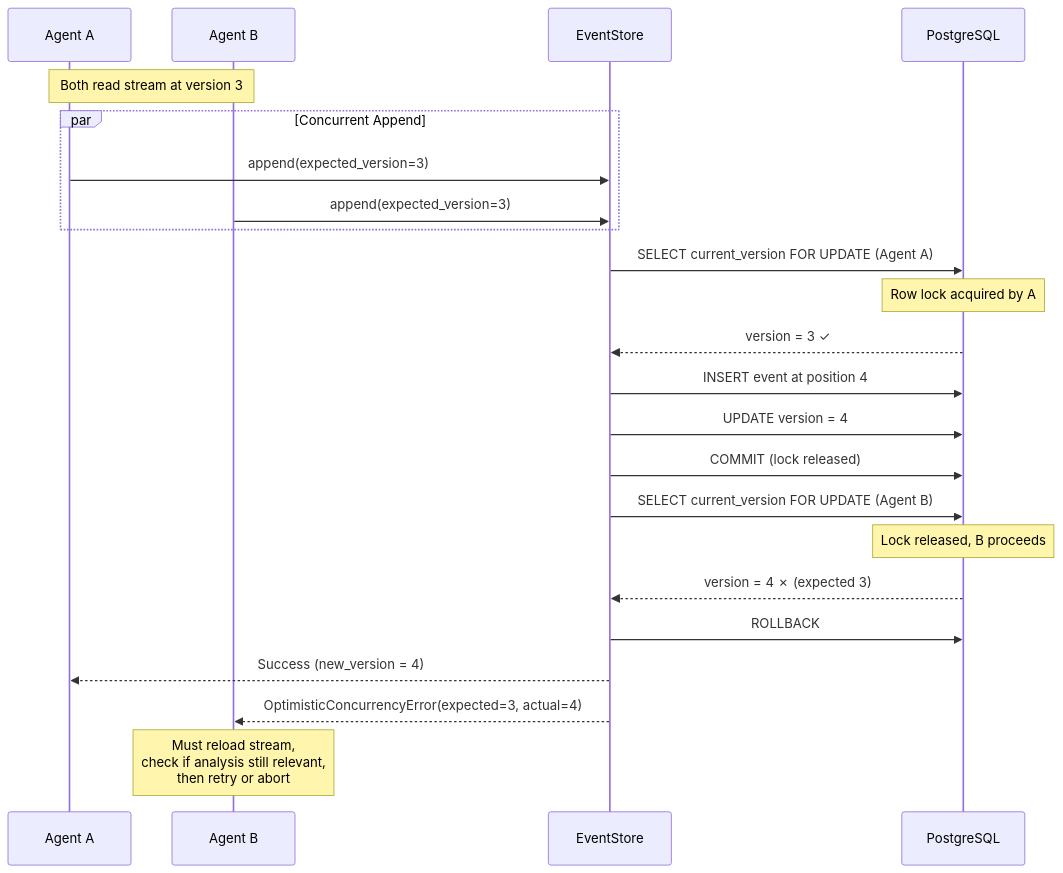
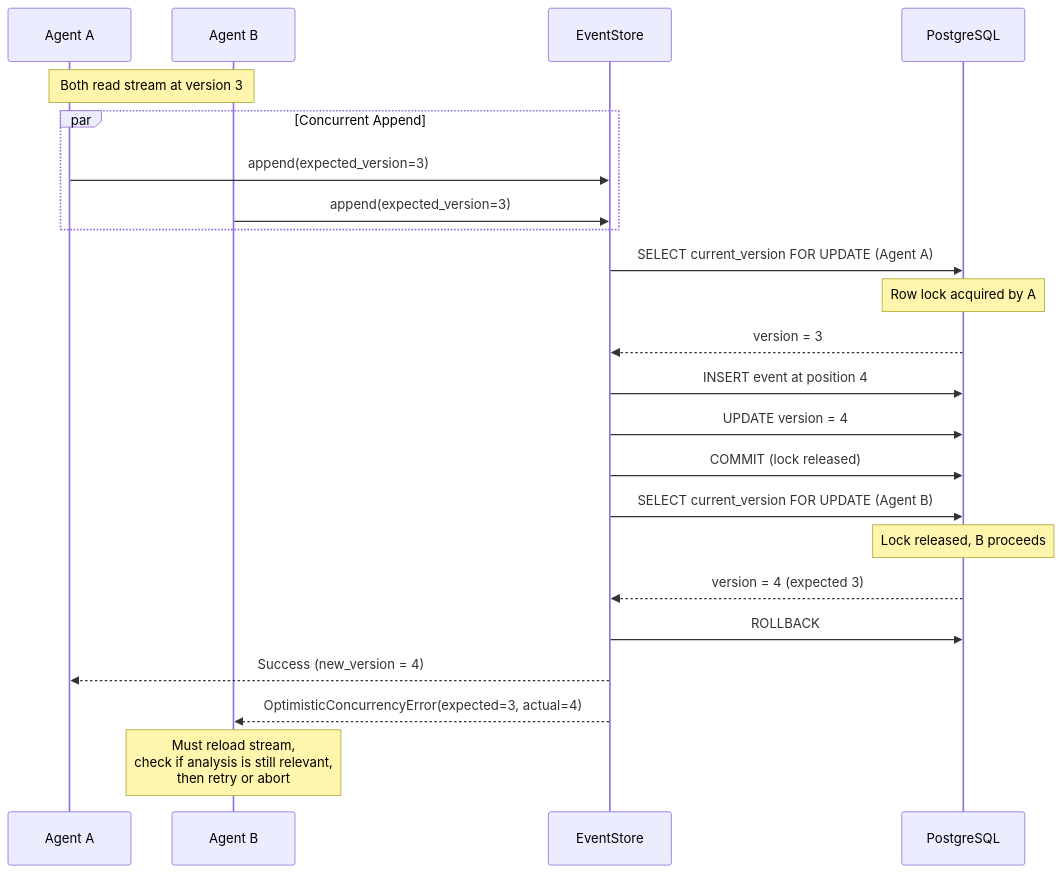
One commit to Sanoy24/agentic-event-store changed the fifth of 5 diagrams in docs/INTERIM_REPORT.md. Above: the diagram before and after it, drawn with Mermaid. The commit also changed other lines of this file, not shown here.

````diff
--- a/docs/INTERIM_REPORT.md
+++ b/docs/INTERIM_REPORT.md
@@ -150,31 +150,31 @@
 ```mermaid
 sequenceDiagram
     participant A as Agent A
     participant B as Agent B
     participant ES as EventStore
     participant DB as PostgreSQL
 
     Note over A,B: Both read stream at version 3
 
     par Concurrent Append
         A->>ES: append(expected_version=3)
         B->>ES: append(expected_version=3)
     end
 
     ES->>DB: SELECT current_version FOR UPDATE (Agent A)
     Note over DB: Row lock acquired by A
-    DB-->>ES: version = 3 ✓
+    DB-->>ES: version = 3
     ES->>DB: INSERT event at position 4
     ES->>DB: UPDATE version = 4
     ES->>DB: COMMIT (lock released)
 
     ES->>DB: SELECT current_version FOR UPDATE (Agent B)
     Note over DB: Lock released, B proceeds
-    DB-->>ES: version = 4 ✗ (expected 3)
+    DB-->>ES: version = 4 (expected 3)
     ES->>DB: ROLLBACK
 
     ES-->>A: Success (new_version = 4)
     ES-->>B: OptimisticConcurrencyError(expected=3, actual=4)
 
-    Note over B: Must reload stream,<br/>check if analysis still relevant,<br/>then retry or abort
+    Note over B: Must reload stream,<br/>check if analysis is still relevant,<br/>then retry or abort
 ```
````
